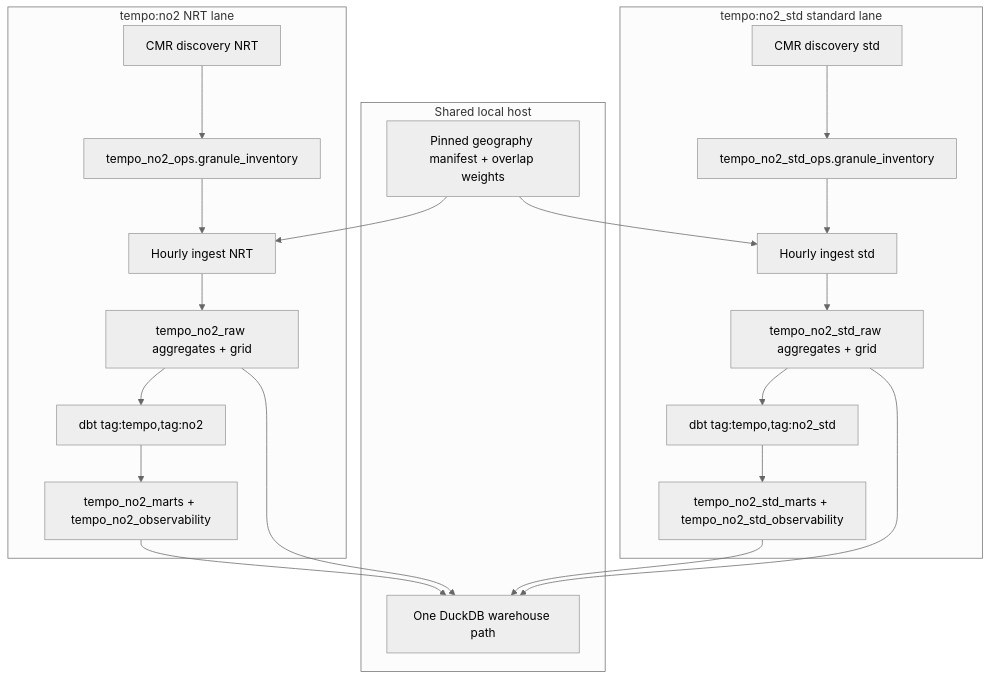
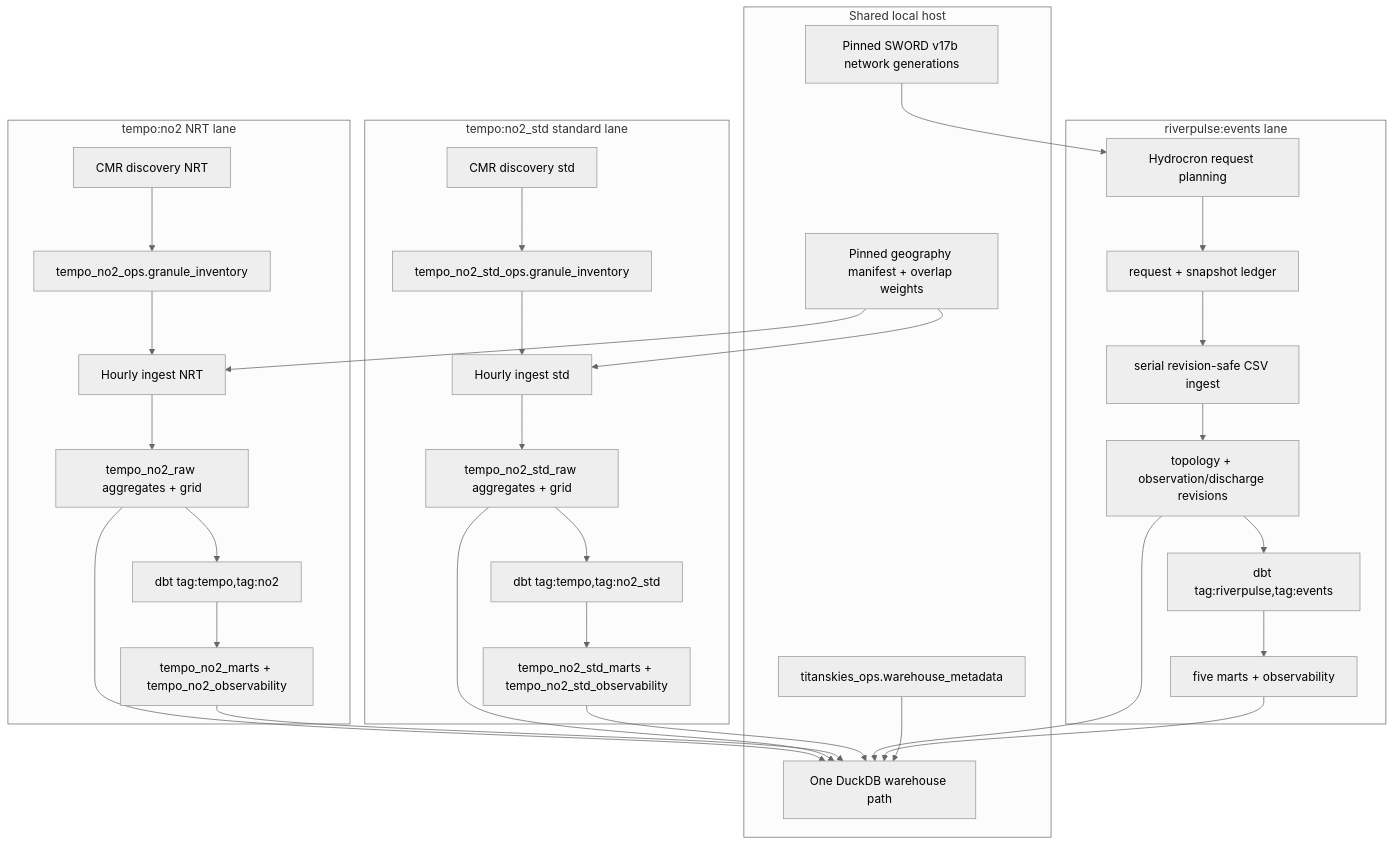
One commit to hypertrial/titanskies-pipeline changed the diagram in docs/concepts/architecture.md. Above: the diagram before and after it, drawn with Mermaid (neutral theme). The commit also changed other lines of this file and 105 other files, not shown here.

````diff
--- a/docs/concepts/architecture.md
+++ b/docs/concepts/architecture.md
@@ -13,34 +15,50 @@
 ```mermaid
 flowchart TB
   subgraph shared["Shared local host"]
     geo["Pinned geography manifest + overlap weights"]
+    sword["Pinned SWORD v17b network generations"]
     duck["One DuckDB warehouse path"]
+    stamp["titanskies_ops.warehouse_metadata"]
   end
 
   subgraph nrt["tempo:no2 NRT lane"]
     nrtDisc["CMR discovery NRT"]
     nrtLedger["tempo_no2_ops.granule_inventory"]
     nrtIngest["Hourly ingest NRT"]
     nrtRaw["tempo_no2_raw aggregates + grid"]
     nrtDbt["dbt tag:tempo,tag:no2"]
     nrtMarts["tempo_no2_marts + tempo_no2_observability"]
     nrtDisc --> nrtLedger --> nrtIngest --> nrtRaw --> nrtDbt --> nrtMarts
   end
 
   subgraph std["tempo:no2_std standard lane"]
     stdDisc["CMR discovery std"]
     stdLedger["tempo_no2_std_ops.granule_inventory"]
     stdIngest["Hourly ingest std"]
     stdRaw["tempo_no2_std_raw aggregates + grid"]
     stdDbt["dbt tag:tempo,tag:no2_std"]
     stdMarts["tempo_no2_std_marts + tempo_no2_std_observability"]
     stdDisc --> stdLedger --> stdIngest --> stdRaw --> stdDbt --> stdMarts
   end
 
+  subgraph rivers["riverpulse:events lane"]
+    riverDisc["Hydrocron request planning"]
+    riverLedger["request + snapshot ledger"]
+    riverIngest["serial revision-safe CSV ingest"]
+    riverRaw["topology + observation/discharge revisions"]
+    riverDbt["dbt tag:riverpulse,tag:events"]
+    riverMarts["five marts + observability"]
+    riverDisc --> riverLedger --> riverIngest --> riverRaw --> riverDbt --> riverMarts
+  end
+
   geo --> nrtIngest
   geo --> stdIngest
+  sword --> riverDisc
   nrtRaw --> duck
   stdRaw --> duck
   nrtMarts --> duck
   stdMarts --> duck
+  riverRaw --> duck
+  riverMarts --> duck
+  stamp --> duck
 ```
````
